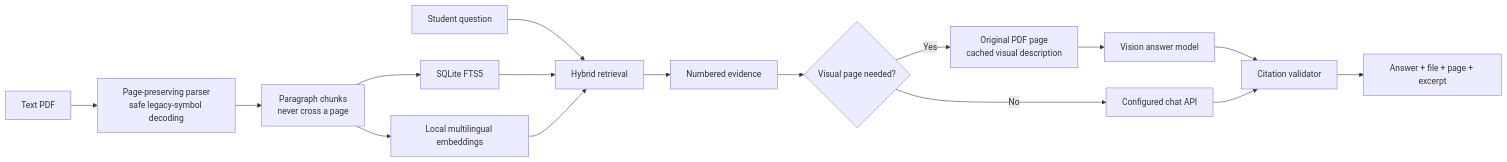
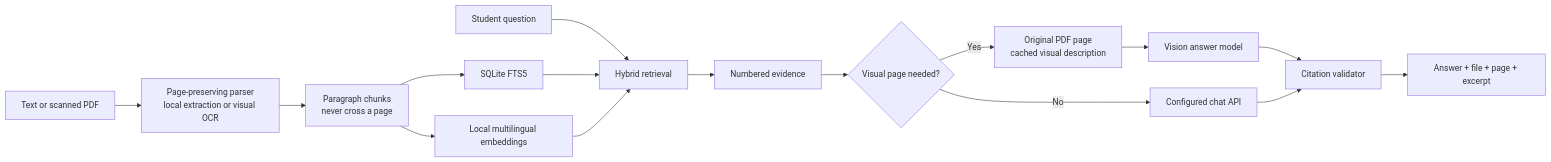
The diagram in README.md (kenlau5678/CiteMind), drawn with Mermaid before and after one commit. The commit also changed other lines of this file and 5 other files, not shown here.

Commit message:
Add scanned PDF visual OCR upload

````diff
--- a/README.md
+++ b/README.md
@@ -73,18 +74,18 @@
 ```mermaid
 flowchart LR
-    PDF["Text PDF"] --> Parse["Page-preserving parser<br/>safe legacy-symbol decoding"]
+    PDF["Text or scanned PDF"] --> Parse["Page-preserving parser<br/>local extraction or visual OCR"]
     Parse --> Chunks["Paragraph chunks<br/>never cross a page"]
     Chunks --> FTS["SQLite FTS5"]
     Chunks --> Local["Local multilingual embeddings"]
     Q["Student question"] --> Hybrid["Hybrid retrieval"]
     FTS --> Hybrid
     Local --> Hybrid
     Hybrid --> Evidence["Numbered evidence"]
     Evidence --> Visual{"Visual page needed?"}
     Visual -->|No| LLM["Configured chat API"]
     Visual -->|Yes| Page["Original PDF page<br/>cached visual description"]
     Page --> Vision["Vision answer model"]
     Vision --> Gate
     LLM --> Gate["Citation validator"]
     Gate --> UI["Answer + file + page + excerpt"]
 ```
````
